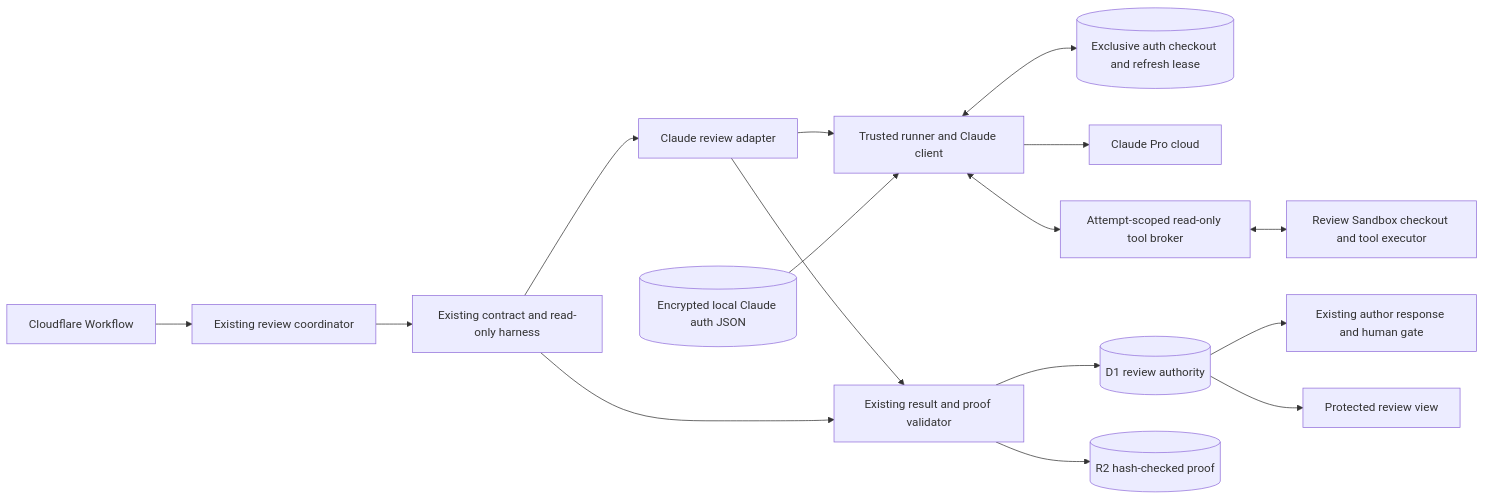
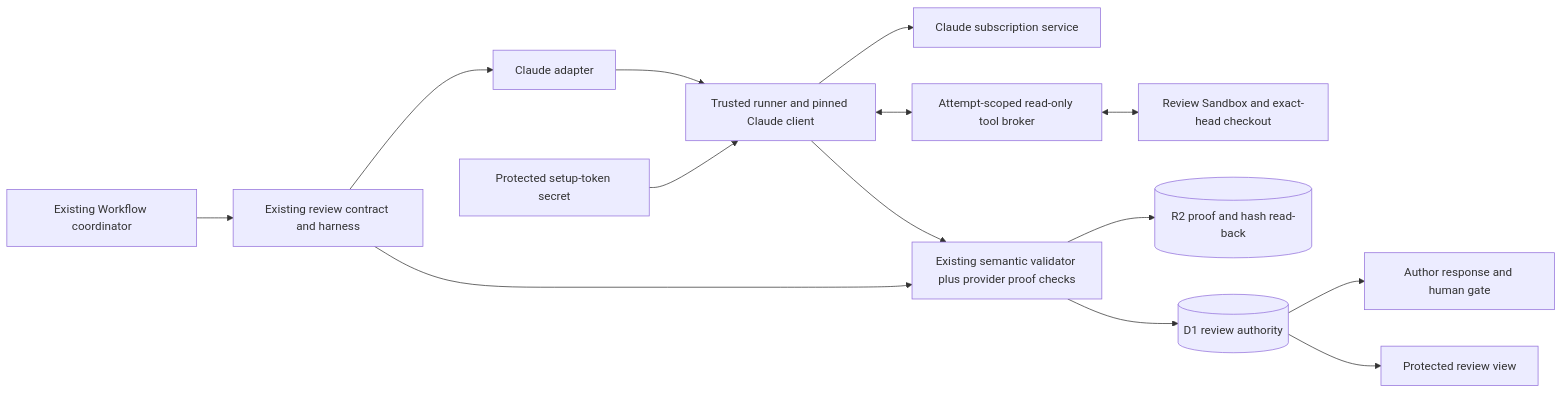
One commit to sachinkundu/deos changed the diagram in openspec/changes/sac-167/design.md. Above: the diagram before and after it, drawn with Mermaid. The commit also changed other lines of this file, not shown here.

Commit message:
Reconcile SAC-167 design with approved setup-token auth

````diff
--- a/openspec/changes/sac-167/design.md
+++ b/openspec/changes/sac-167/design.md
@@ -28,18 +28,16 @@
 ```mermaid
 flowchart LR
-    W[Cloudflare Workflow] --> C[Existing review coordinator]
-    C --> H[Existing contract and read-only harness]
-    H --> A[Claude review adapter]
-    A --> T[Trusted runner and Claude client]
-    S[(Encrypted local Claude auth JSON)] --> T
-    T <--> L[(Exclusive auth checkout and refresh lease)]
-    T --> P[Claude Pro cloud]
+    W[Existing Workflow coordinator] --> H[Existing review contract and harness]
+    H --> A[Claude adapter]
+    A --> T[Trusted runner and pinned Claude client]
+    S[Protected setup-token secret] --> T
+    T --> P[Claude subscription service]
     T <--> B[Attempt-scoped read-only tool broker]
-    B <--> X[Review Sandbox checkout and tool executor]
-    A --> V[Existing result and proof validator]
+    B <--> X[Review Sandbox and exact-head checkout]
+    T --> V[Existing semantic validator plus provider proof checks]
     H --> V
+    V --> R[(R2 proof and hash read-back)]
     V --> D[(D1 review authority)]
-    V --> R[(R2 hash-checked proof)]
-    D --> G[Existing author response and human gate]
+    D --> G[Author response and human gate]
     D --> O[Protected review view]
 ```
````
